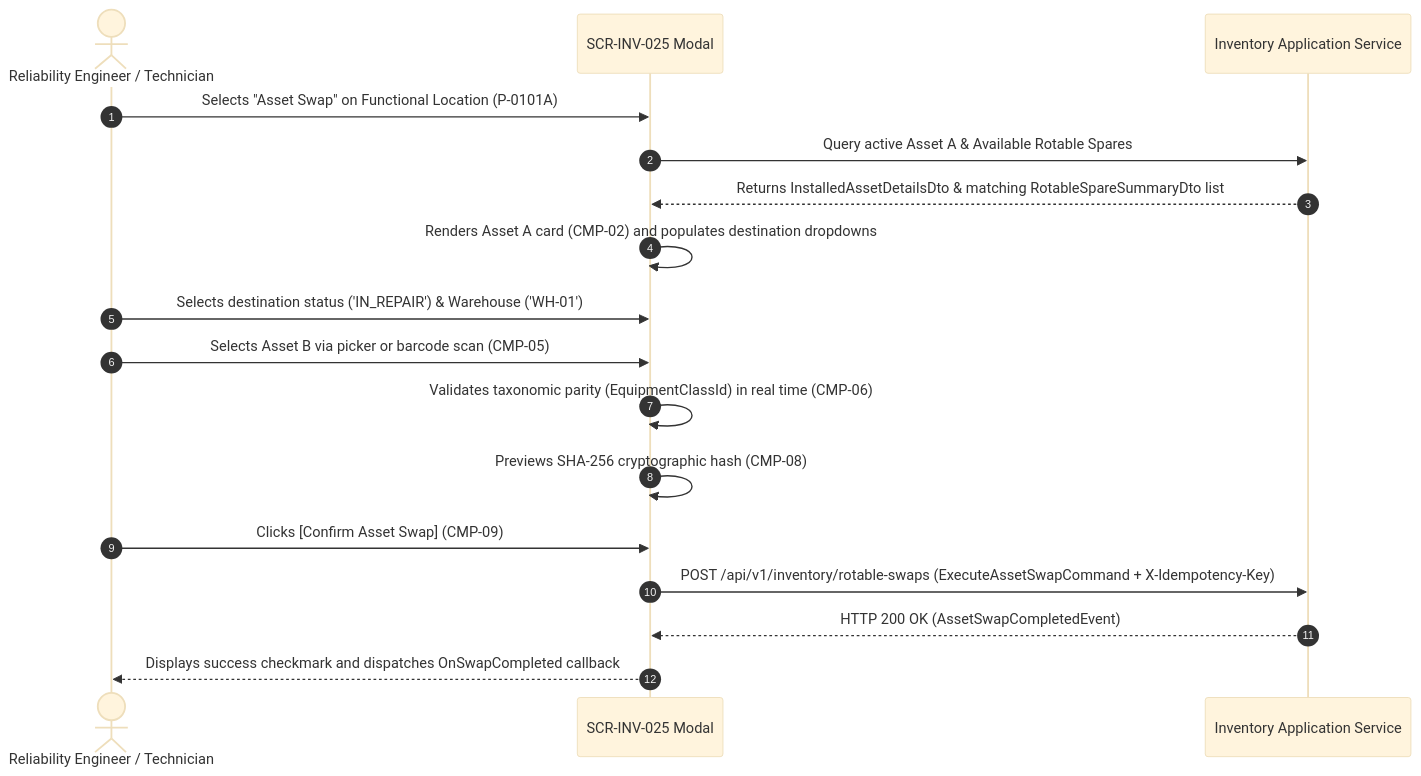
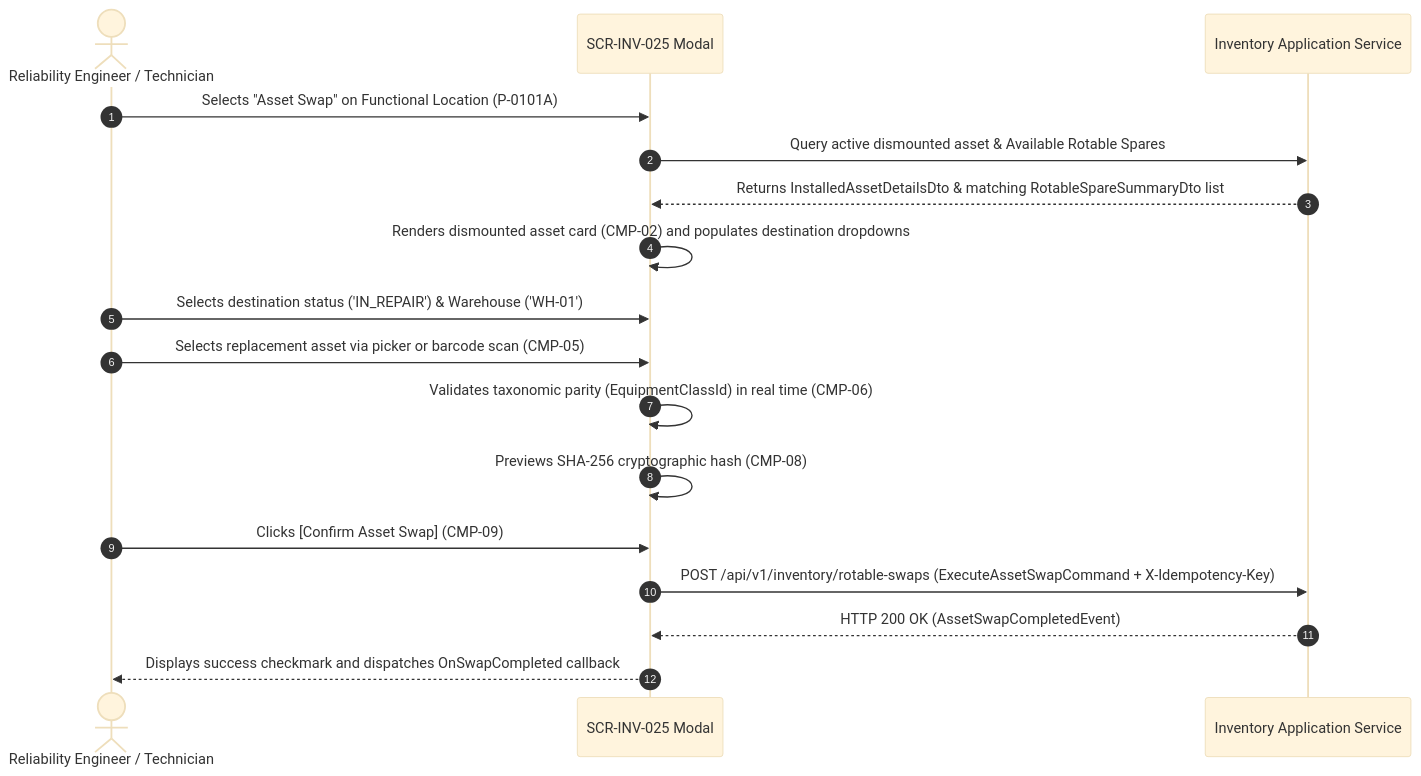
One commit to Novav20/adso-dteam-docs changed the diagram in ui-ux/screens/inv/SCR-INV-025.md. Above: the diagram before and after it, drawn with Mermaid (base theme). The commit also changed other lines of this file, not shown here.

Commit message:
docs(ui-ux): replace Asset A/B meta-labels with domain terms in SCR-INV-025.md

````diff
--- a/ui-ux/screens/inv/SCR-INV-025.md
+++ b/ui-ux/screens/inv/SCR-INV-025.md
@@ -83,20 +83,20 @@
 ```mermaid
 sequenceDiagram
     autonumber
     actor Tech as Reliability Engineer / Technician
     participant UI as SCR-INV-025 Modal
     participant INV as Inventory Application Service
 
     Tech->>UI: Selects "Asset Swap" on Functional Location (P-0101A)
-    UI->>INV: Query active Asset A & Available Rotable Spares
+    UI->>INV: Query active dismounted asset & Available Rotable Spares
     INV-->>UI: Returns InstalledAssetDetailsDto & matching RotableSpareSummaryDto list
-    UI->>UI: Renders Asset A card (CMP-02) and populates destination dropdowns
+    UI->>UI: Renders dismounted asset card (CMP-02) and populates destination dropdowns
     Tech->>UI: Selects destination status ('IN_REPAIR') & Warehouse ('WH-01')
-    Tech->>UI: Selects Asset B via picker or barcode scan (CMP-05)
+    Tech->>UI: Selects replacement asset via picker or barcode scan (CMP-05)
     UI->>UI: Validates taxonomic parity (EquipmentClassId) in real time (CMP-06)
     UI->>UI: Previews SHA-256 cryptographic hash (CMP-08)
     Tech->>UI: Clicks [Confirm Asset Swap] (CMP-09)
     UI->>INV: POST /api/v1/inventory/rotable-swaps (ExecuteAssetSwapCommand + X-Idempotency-Key)
     INV-->>UI: HTTP 200 OK (AssetSwapCompletedEvent)
     UI-->>Tech: Displays success checkmark and dispatches OnSwapCompleted callback
 ```
````
